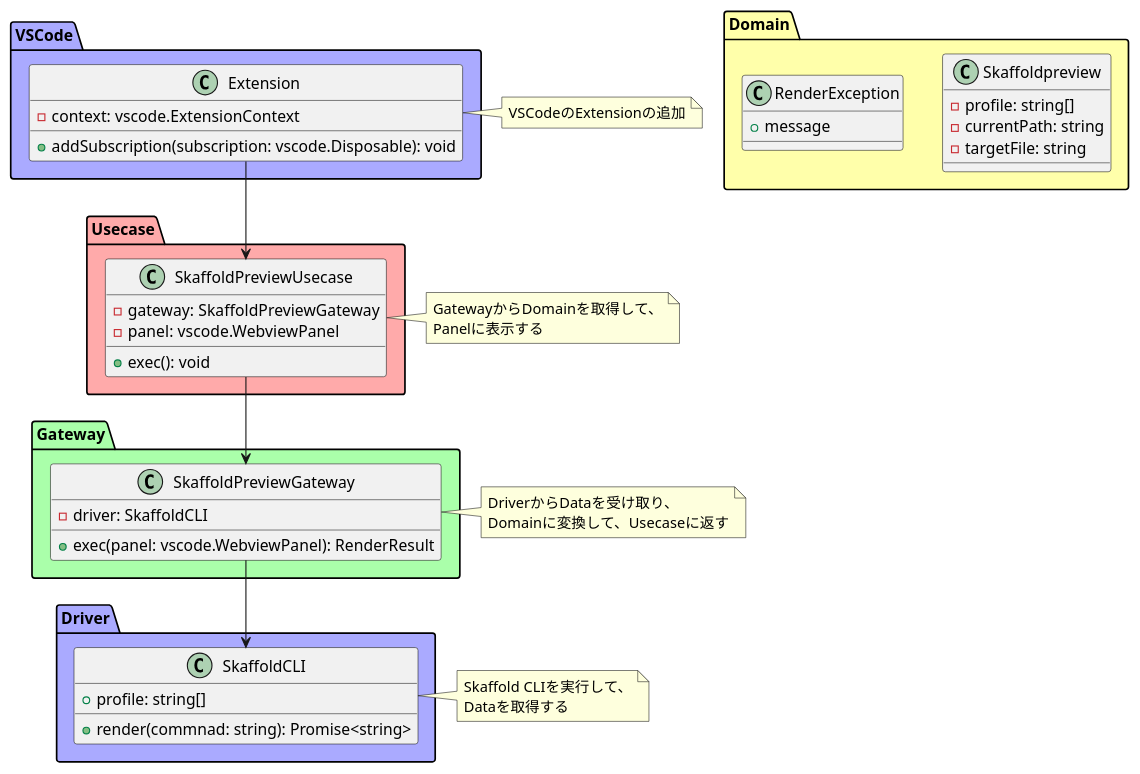
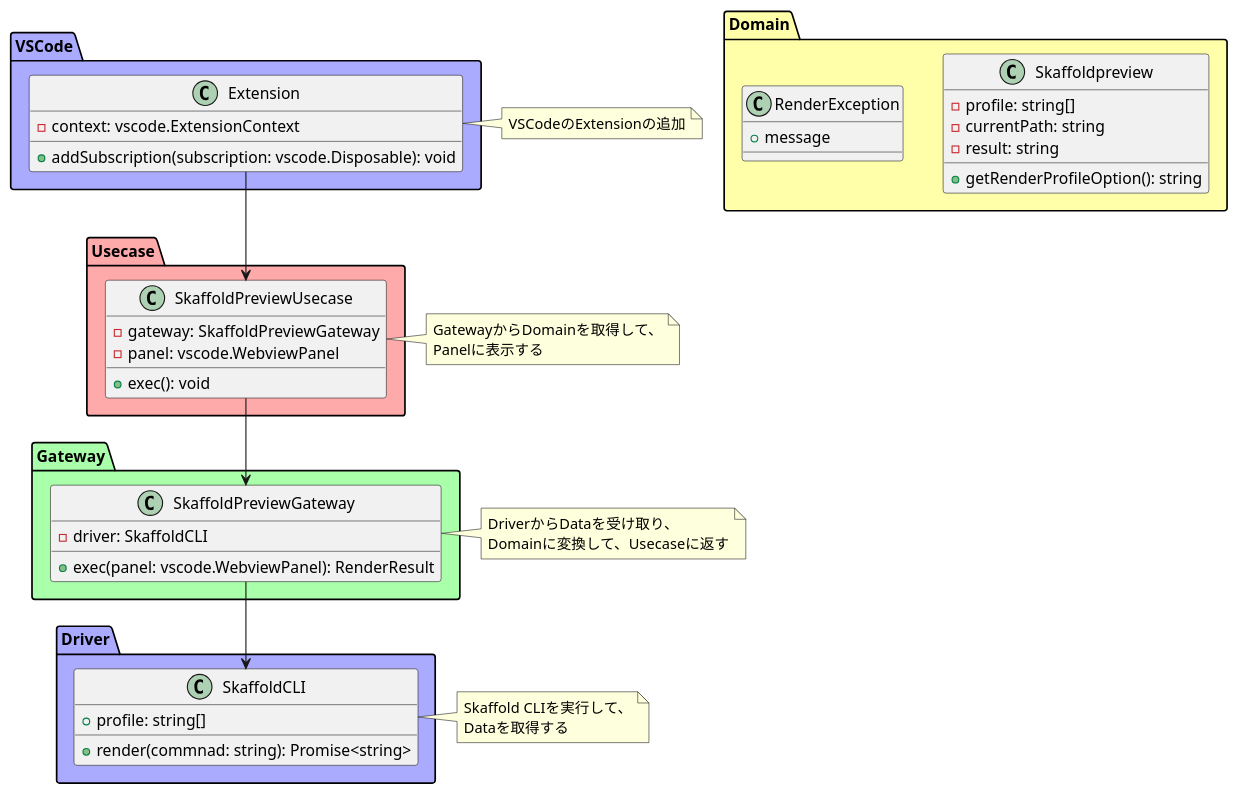
The diagram in docs/class.pu (maaaashi/skaffold-preview), drawn with PlantUML before and after one commit. The commit also changed 2 other files, not shown here.

```diff
--- a/docs/class.pu
+++ b/docs/class.pu
@@ -1,69 +1,71 @@
 @startuml
 
 package VSCode #AAAAFF {
   class Extension {
     - context: vscode.ExtensionContext
     + addSubscription(subscription: vscode.Disposable): void
   }
 }
 
 package Domain #FFFFAA {
   class Skaffoldpreview {
     - profile: string[]
     - currentPath: string
-    - targetFile: string
+    - result: string
+
+    + getRenderProfileOption(): string
   }
 
   class RenderException {
     + message
   }
 }
 
 note right of Extension
   VSCodeのExtensionの追加
 end note
 
 package Usecase #FFAAAA {
   class SkaffoldPreviewUsecase {
     - gateway: SkaffoldPreviewGateway
     - panel: vscode.WebviewPanel
     + exec(): void
   }
 }
 
 note right of SkaffoldPreviewUsecase
   GatewayからDomainを取得して、
   Panelに表示する
 end note
 
 SkaffoldPreviewUsecase <-up- Extension
 
 package Gateway #AAFFAA {
   class SkaffoldPreviewGateway {
     - driver: SkaffoldCLI
     + exec(panel: vscode.WebviewPanel): RenderResult
   }
 
   SkaffoldPreviewGateway <-up- SkaffoldPreviewUsecase
 }
 
 note right of SkaffoldPreviewGateway
   DriverからDataを受け取り、
   Domainに変換して、Usecaseに返す
 end note
 
 package Driver #AAAAFF {
   class SkaffoldCLI {
     + profile: string[]
     + render(commnad: string): Promise<string>
   }
 }
 
 note right of SkaffoldCLI
   Skaffold CLIを実行して、
   Dataを取得する
 end note
 
 SkaffoldCLI <-up- SkaffoldPreviewGateway
 
 @enduml
```
